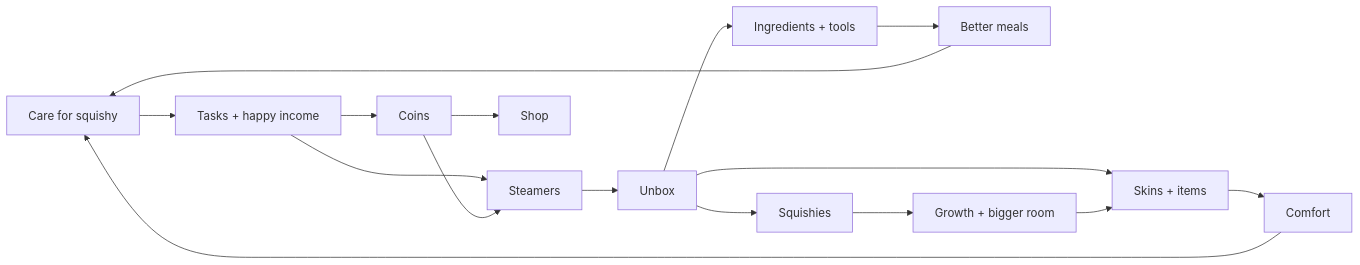
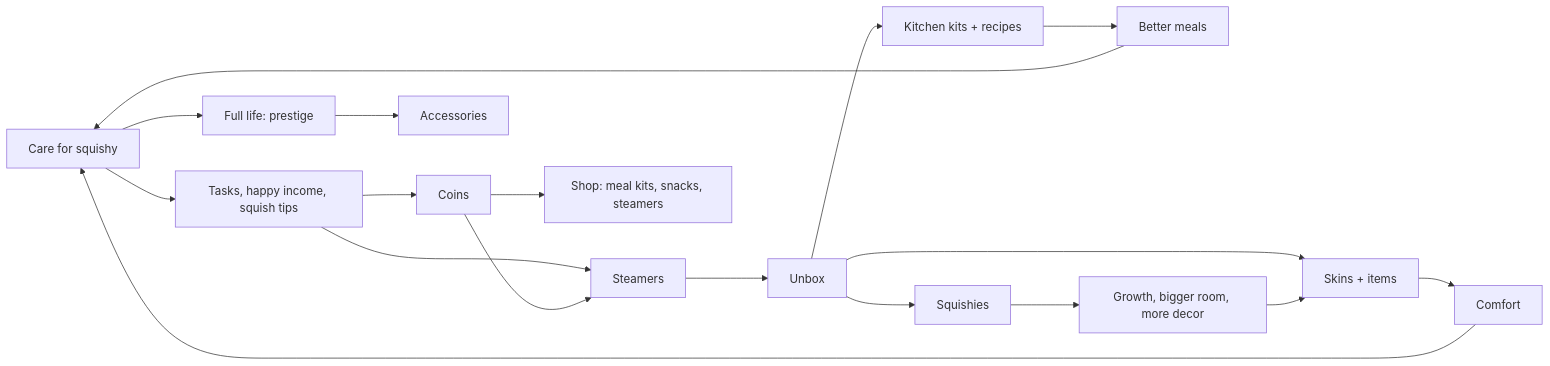
One commit to r-southern12/Squishygotchi changed the diagram in docs/spec.md. Above: the diagram before and after it, drawn with Mermaid. The commit also changed other lines of this file, not shown here.

````diff
--- a/docs/spec.md
+++ b/docs/spec.md
@@ -46,18 +44,20 @@
 ```mermaid
 flowchart LR
-  A[Care for squishy] --> B[Tasks + happy income]
+  A[Care for squishy] --> B[Tasks, happy income, squish tips]
   B --> C[Coins]
   B --> D[Steamers]
-  C --> E[Shop]
+  C --> E[Shop: meal kits, snacks, steamers]
   C --> D
   D --> F[Unbox]
   F --> G[Skins + items]
-  F --> H[Ingredients + tools]
+  F --> H[Kitchen kits + recipes]
   F --> I[Squishies]
   G --> J[Comfort]
   H --> K[Better meals]
-  I --> L[Growth + bigger room]
+  I --> L[Growth, bigger room, more decor]
   J --> A
   K --> A
   L --> G
+  A --> M[Full life: prestige]
+  M --> N[Accessories]
 ```
````
